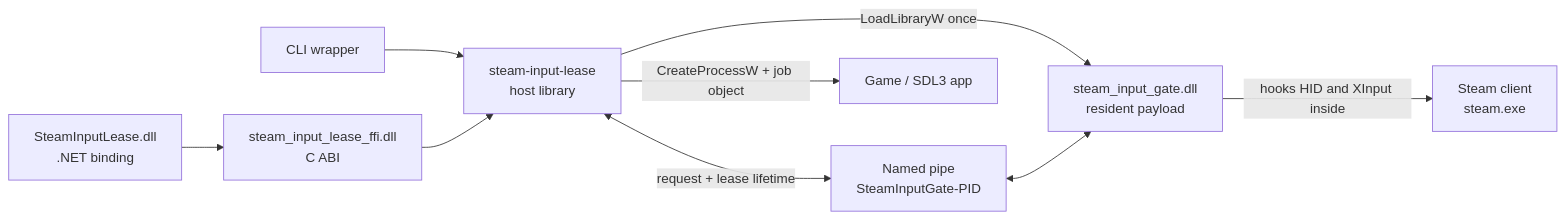
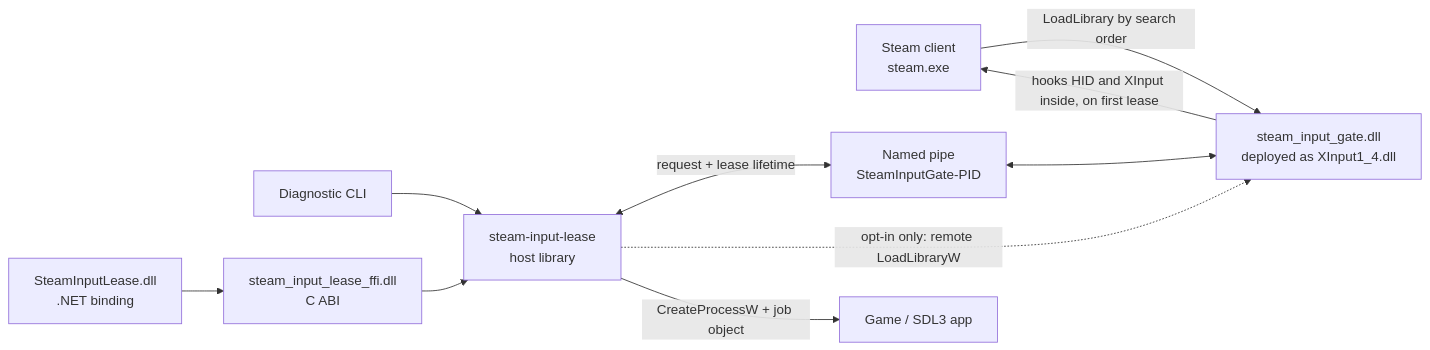
One commit to KillerPixelCrew/steam-input-lease changed the diagram in README.md. Above: the diagram before and after it, drawn with Mermaid. The commit also changed other lines of this file, not shown here.

First line of the commit message:
Describe the proxy delivery the library actually ships

````diff
--- a/README.md
+++ b/README.md
@@ -93,19 +104,20 @@
 ```mermaid
 flowchart LR
     Steam[Steam client<br/>steam.exe]
-    Gate[steam_input_gate.dll<br/>resident payload]
+    Gate[steam_input_gate.dll<br/>deployed as XInput1_4.dll]
     Pipe[Named pipe<br/>SteamInputGate-PID]
     Host[steam-input-lease<br/>host library]
-    CLI[CLI wrapper]
+    CLI[Diagnostic CLI]
     ABI[steam_input_lease_ffi.dll<br/>C ABI]
     DotNet[SteamInputLease.dll<br/>.NET binding]
     Game[Game / SDL3 app]
 
+    Steam -->|LoadLibrary by search order| Gate
     CLI --> Host
     DotNet --> ABI --> Host
-    Host -->|LoadLibraryW once| Gate
     Host <-->|request + lease lifetime| Pipe
     Pipe <--> Gate
-    Gate -->|hooks HID and XInput inside| Steam
+    Gate -->|hooks HID and XInput inside, on first lease| Steam
+    Host -.->|opt-in only: remote LoadLibraryW| Gate
     Host -->|CreateProcessW + job object| Game
 ```
````
